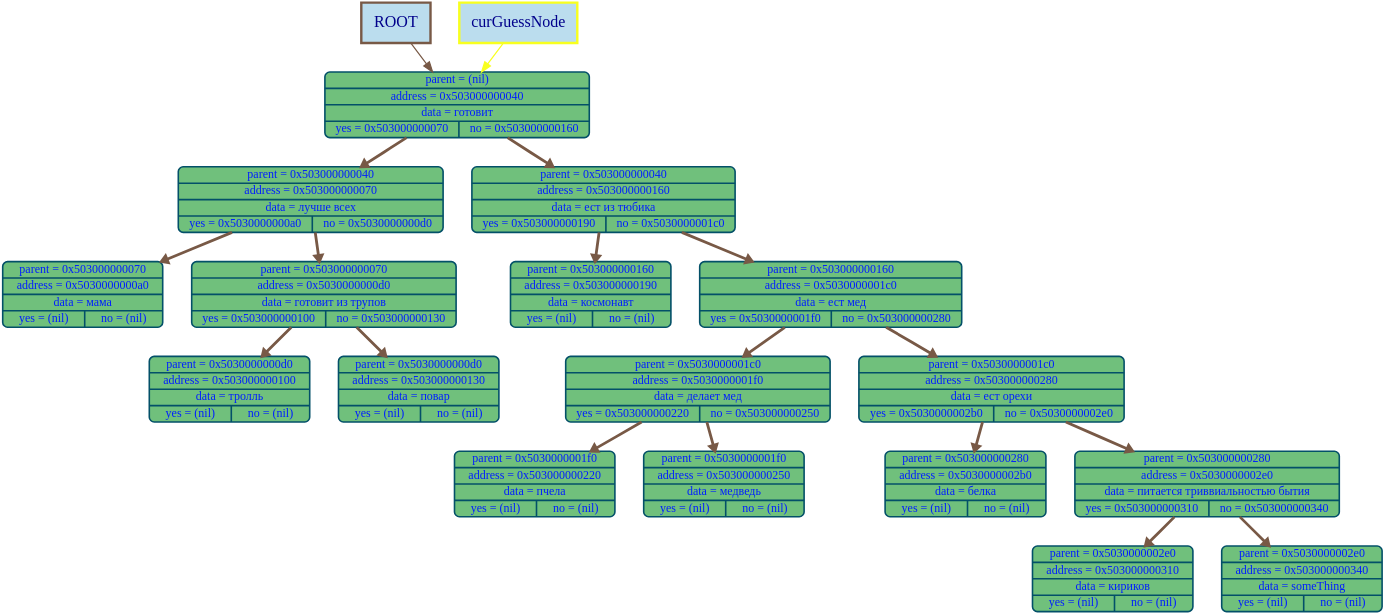
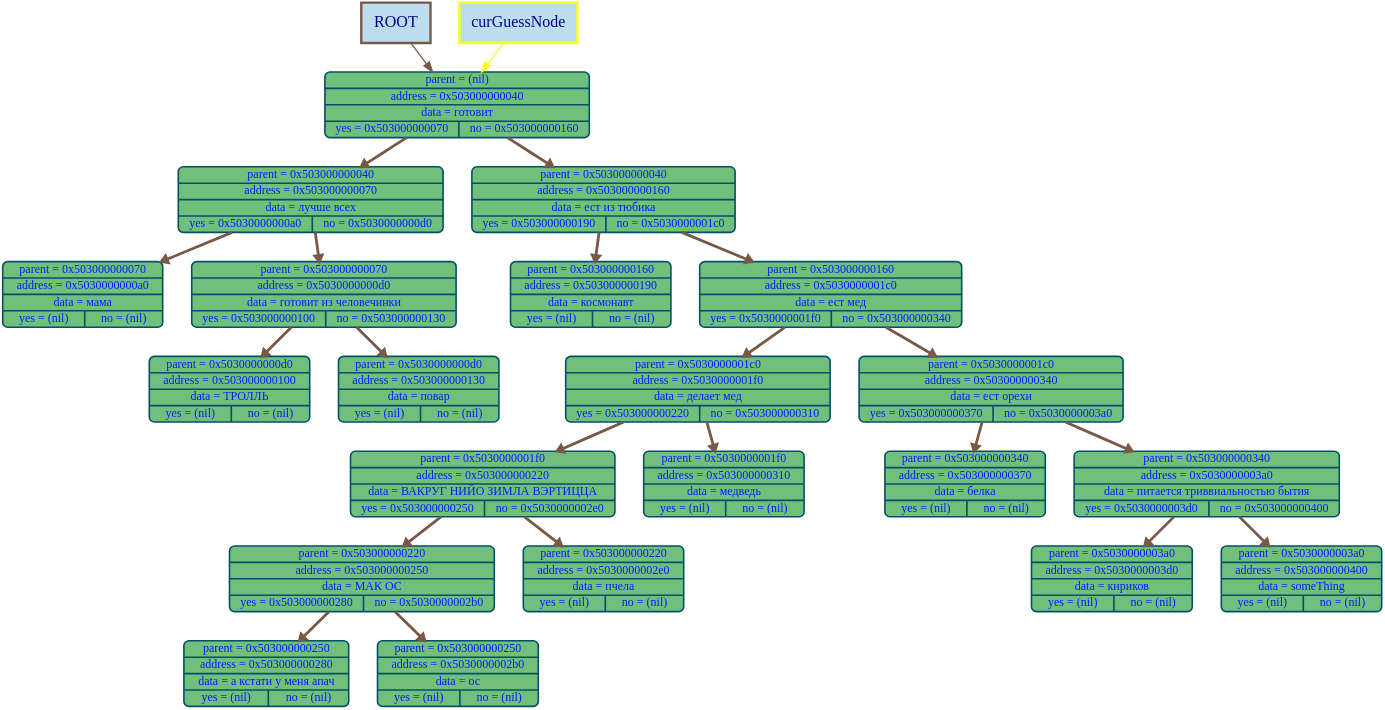
The diagram in graphDumps/graphDump.dot (timoko3/akinator), drawn with Graphviz before and after one commit. The commit also changed 60 other files, not shown here.

```diff
--- a/graphDumps/graphDump.dot
+++ b/graphDumps/graphDump.dot
@@ -1,44 +1,52 @@
 digraph G {
 bgcolor="transparent"
 nodesep = 1;
 ranksep = 1
 	node [shape=Mrecord, style="filled", fillcolor="#70c07cff", fontcolor="#001effff", color="#035068ff", penwidth=4, fontname="Menlo", fontsize=30];
 
 	node64 [label="{parent = (nil) | address = 0x503000000040 | data = готовит | {yes = 0x503000000070 | no = 0x503000000160}} "];
 	node112 [label="{parent = 0x503000000040 | address = 0x503000000070 | data = лучше всех | {yes = 0x5030000000a0 | no = 0x5030000000d0}} "];
 	node160 [label="{parent = 0x503000000070 | address = 0x5030000000a0 | data = мама | {yes = (nil) | no = (nil)}} "];
-	node208 [label="{parent = 0x503000000070 | address = 0x5030000000d0 | data = готовит из трупов | {yes = 0x503000000100 | no = 0x503000000130}} "];
-	node256 [label="{parent = 0x5030000000d0 | address = 0x503000000100 | data = тролль | {yes = (nil) | no = (nil)}} "];
+	node208 [label="{parent = 0x503000000070 | address = 0x5030000000d0 | data = готовит из человечинки | {yes = 0x503000000100 | no = 0x503000000130}} "];
+	node256 [label="{parent = 0x5030000000d0 | address = 0x503000000100 | data = ТРОЛЛЬ | {yes = (nil) | no = (nil)}} "];
 	node304 [label="{parent = 0x5030000000d0 | address = 0x503000000130 | data = повар | {yes = (nil) | no = (nil)}} "];
 	node352 [label="{parent = 0x503000000040 | address = 0x503000000160 | data = ест из тюбика | {yes = 0x503000000190 | no = 0x5030000001c0}} "];
 	node400 [label="{parent = 0x503000000160 | address = 0x503000000190 | data = космонавт | {yes = (nil) | no = (nil)}} "];
-	node448 [label="{parent = 0x503000000160 | address = 0x5030000001c0 | data = ест мед | {yes = 0x5030000001f0 | no = 0x503000000280}} "];
-	node496 [label="{parent = 0x5030000001c0 | address = 0x5030000001f0 | data = делает мед | {yes = 0x503000000220 | no = 0x503000000250}} "];
-	node544 [label="{parent = 0x5030000001f0 | address = 0x503000000220 | data = пчела | {yes = (nil) | no = (nil)}} "];
-	node592 [label="{parent = 0x5030000001f0 | address = 0x503000000250 | data = медведь | {yes = (nil) | no = (nil)}} "];
-	node640 [label="{parent = 0x5030000001c0 | address = 0x503000000280 | data = ест орехи | {yes = 0x5030000002b0 | no = 0x5030000002e0}} "];
-	node688 [label="{parent = 0x503000000280 | address = 0x5030000002b0 | data = белка | {yes = (nil) | no = (nil)}} "];
-	node736 [label="{parent = 0x503000000280 | address = 0x5030000002e0 | data = питается триввиальностью бытия | {yes = 0x503000000310 | no = 0x503000000340}} "];
-	node784 [label="{parent = 0x5030000002e0 | address = 0x503000000310 | data = кириков | {yes = (nil) | no = (nil)}} "];
-	node832 [label="{parent = 0x5030000002e0 | address = 0x503000000340 | data = someThing | {yes = (nil) | no = (nil)}} "];
+	node448 [label="{parent = 0x503000000160 | address = 0x5030000001c0 | data = ест мед | {yes = 0x5030000001f0 | no = 0x503000000340}} "];
+	node496 [label="{parent = 0x5030000001c0 | address = 0x5030000001f0 | data = делает мед | {yes = 0x503000000220 | no = 0x503000000310}} "];
+	node544 [label="{parent = 0x5030000001f0 | address = 0x503000000220 | data = ВАКРУГ НИЙО ЗИМЛА ВЭРТИЦЦА | {yes = 0x503000000250 | no = 0x5030000002e0}} "];
+	node592 [label="{parent = 0x503000000220 | address = 0x503000000250 | data = МАК ОС | {yes = 0x503000000280 | no = 0x5030000002b0}} "];
+	node640 [label="{parent = 0x503000000250 | address = 0x503000000280 | data = а кстати у меня апач | {yes = (nil) | no = (nil)}} "];
+	node688 [label="{parent = 0x503000000250 | address = 0x5030000002b0 | data = ос | {yes = (nil) | no = (nil)}} "];
+	node736 [label="{parent = 0x503000000220 | address = 0x5030000002e0 | data = пчела | {yes = (nil) | no = (nil)}} "];
+	node784 [label="{parent = 0x5030000001f0 | address = 0x503000000310 | data = медведь | {yes = (nil) | no = (nil)}} "];
+	node832 [label="{parent = 0x5030000001c0 | address = 0x503000000340 | data = ест орехи | {yes = 0x503000000370 | no = 0x5030000003a0}} "];
+	node880 [label="{parent = 0x503000000340 | address = 0x503000000370 | data = белка | {yes = (nil) | no = (nil)}} "];
+	node928 [label="{parent = 0x503000000340 | address = 0x5030000003a0 | data = питается триввиальностью бытия | {yes = 0x5030000003d0 | no = 0x503000000400}} "];
+	node976 [label="{parent = 0x5030000003a0 | address = 0x5030000003d0 | data = кириков | {yes = (nil) | no = (nil)}} "];
+	node1024 [label="{parent = 0x5030000003a0 | address = 0x503000000400 | data = someThing | {yes = (nil) | no = (nil)}} "];
 node64 ->node112 [color="#785946ff", arrowsize=1.5, penwidth=7, weight=1000];
 node112 ->node160 [color="#785946ff", arrowsize=1.5, penwidth=7, weight=1000];
 node112->node208 [color="#785946ff", arrowsize=1.5, penwidth=7, weight=1000];
 node208 ->node256 [color="#785946ff", arrowsize=1.5, penwidth=7, weight=1000];
 node208->node304 [color="#785946ff", arrowsize=1.5, penwidth=7, weight=1000];
 node64->node352 [color="#785946ff", arrowsize=1.5, penwidth=7, weight=1000];
 node352 ->node400 [color="#785946ff", arrowsize=1.5, penwidth=7, weight=1000];
 node352->node448 [color="#785946ff", arrowsize=1.5, penwidth=7, weight=1000];
 node448 ->node496 [color="#785946ff", arrowsize=1.5, penwidth=7, weight=1000];
 node496 ->node544 [color="#785946ff", arrowsize=1.5, penwidth=7, weight=1000];
-node496->node592 [color="#785946ff", arrowsize=1.5, penwidth=7, weight=1000];
-node448->node640 [color="#785946ff", arrowsize=1.5, penwidth=7, weight=1000];
-node640 ->node688 [color="#785946ff", arrowsize=1.5, penwidth=7, weight=1000];
-node640->node736 [color="#785946ff", arrowsize=1.5, penwidth=7, weight=1000];
-node736 ->node784 [color="#785946ff", arrowsize=1.5, penwidth=7, weight=1000];
-node736->node832 [color="#785946ff", arrowsize=1.5, penwidth=7, weight=1000];
+node544 ->node592 [color="#785946ff", arrowsize=1.5, penwidth=7, weight=1000];
+node592 ->node640 [color="#785946ff", arrowsize=1.5, penwidth=7, weight=1000];
+node592->node688 [color="#785946ff", arrowsize=1.5, penwidth=7, weight=1000];
+node544->node736 [color="#785946ff", arrowsize=1.5, penwidth=7, weight=1000];
+node496->node784 [color="#785946ff", arrowsize=1.5, penwidth=7, weight=1000];
+node448->node832 [color="#785946ff", arrowsize=1.5, penwidth=7, weight=1000];
+node832 ->node880 [color="#785946ff", arrowsize=1.5, penwidth=7, weight=1000];
+node832->node928 [color="#785946ff", arrowsize=1.5, penwidth=7, weight=1000];
+node928 ->node976 [color="#785946ff", arrowsize=1.5, penwidth=7, weight=1000];
+node928->node1024 [color="#785946ff", arrowsize=1.5, penwidth=7, weight=1000];
 root_label [shape=box, width = 2.4, height = 1.4, label="ROOT", style="filled", fillcolor="#BBDDEE", color="#785946ff", penwidth = 6,  fontcolor="darkblue", fontsize = 40];
 cur_node_label [shape=box, width = 2.4, height = 1.4, label="curGuessNode", style="filled", fillcolor="#BBDDEE", color="#f8ff1fff", penwidth = 6,  fontcolor="darkblue", fontsize = 40];
 root_label -> node64 [color="#785946ff"  , arrowsize=2.5, penwidth=3];
 cur_node_label -> node64 [color="#f8ff1fff"  , arrowsize=2.5, penwidth=3];
 }
```
